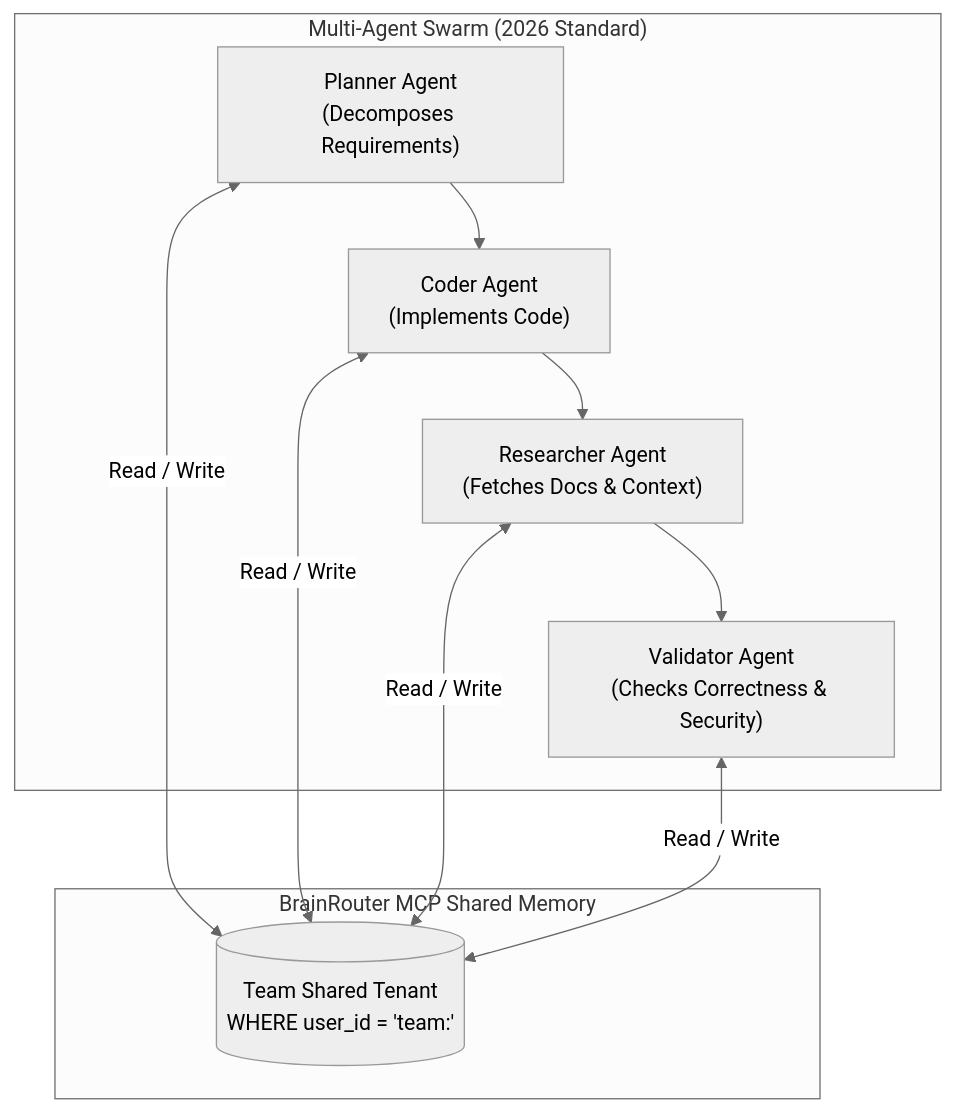
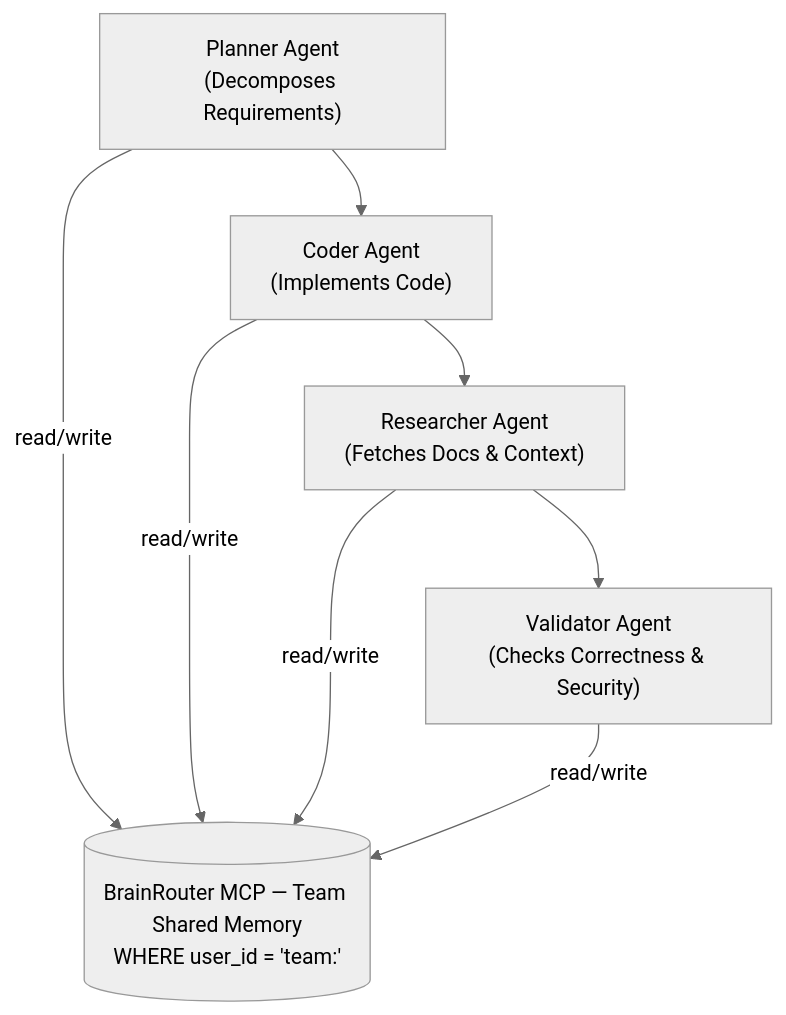
One commit to kinqsradiollc/BrainRouter changed the second of 3 diagrams in ROADMAP.md. Above: the diagram before and after it, drawn with Mermaid (neutral theme). The commit also changed other lines of this file and 3 other files, not shown here.

Commit message:
refactor: simplify Mermaid diagrams across documentation files to improve visual clarity and consistency

````diff
--- a/ROADMAP.md
+++ b/ROADMAP.md
@@ -504,17 +502,11 @@
 ```mermaid
 graph TD
-    subgraph Swarm["Multi-Agent Swarm (2026 Standard)"]
-        Plan["Planner Agent\n(Decomposes Requirements)"] --> Code["Coder Agent\n(Implements Code)"]
-        Code --> Research["Researcher Agent\n(Fetches Docs & Context)"]
-        Research --> Validate["Validator Agent\n(Checks Correctness & Security)"]
-    end
+    Store[("BrainRouter MCP — Team Shared Memory\nWHERE user_id = 'team:<org>'")]
 
-    subgraph Memory["BrainRouter MCP Shared Memory"]
-        Store[("Team Shared Tenant\nWHERE user_id = 'team:<org>'")]
-    end
+    Plan["Planner Agent\n(Decomposes Requirements)"] -- "read/write" --> Store
+    Code["Coder Agent\n(Implements Code)"] -- "read/write" --> Store
+    Research["Researcher Agent\n(Fetches Docs & Context)"] -- "read/write" --> Store
+    Validate["Validator Agent\n(Checks Correctness & Security)"] -- "read/write" --> Store
 
-    Plan <-->|Read / Write| Store
-    Code <-->|Read / Write| Store
-    Research <-->|Read / Write| Store
-    Validate <-->|Read / Write| Store
+    Plan --> Code --> Research --> Validate
 ```
````
